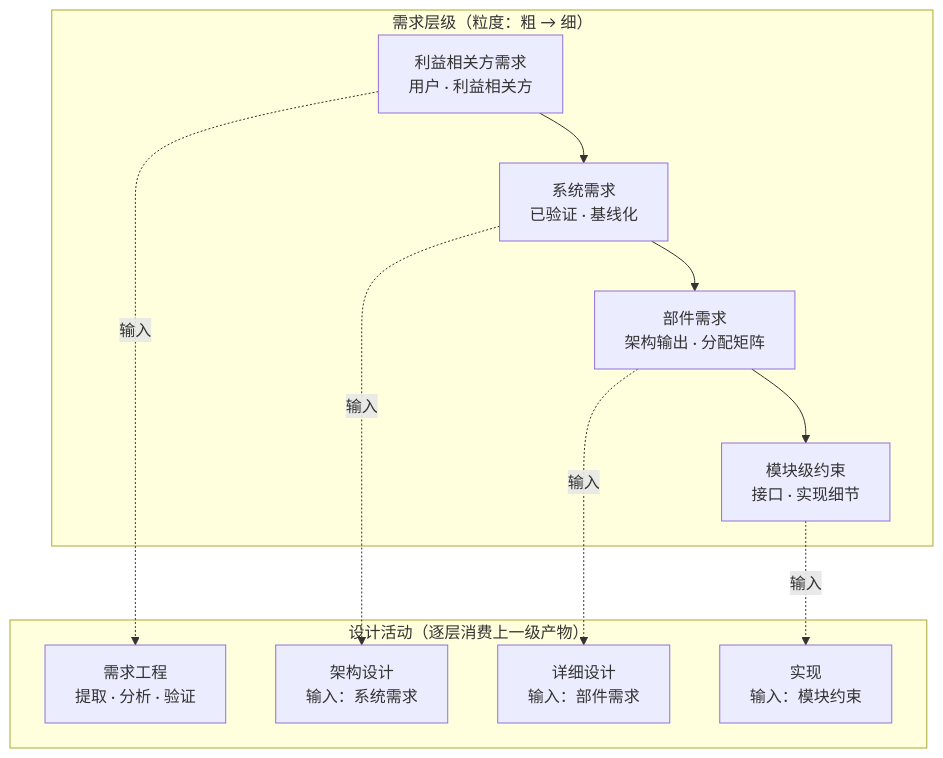
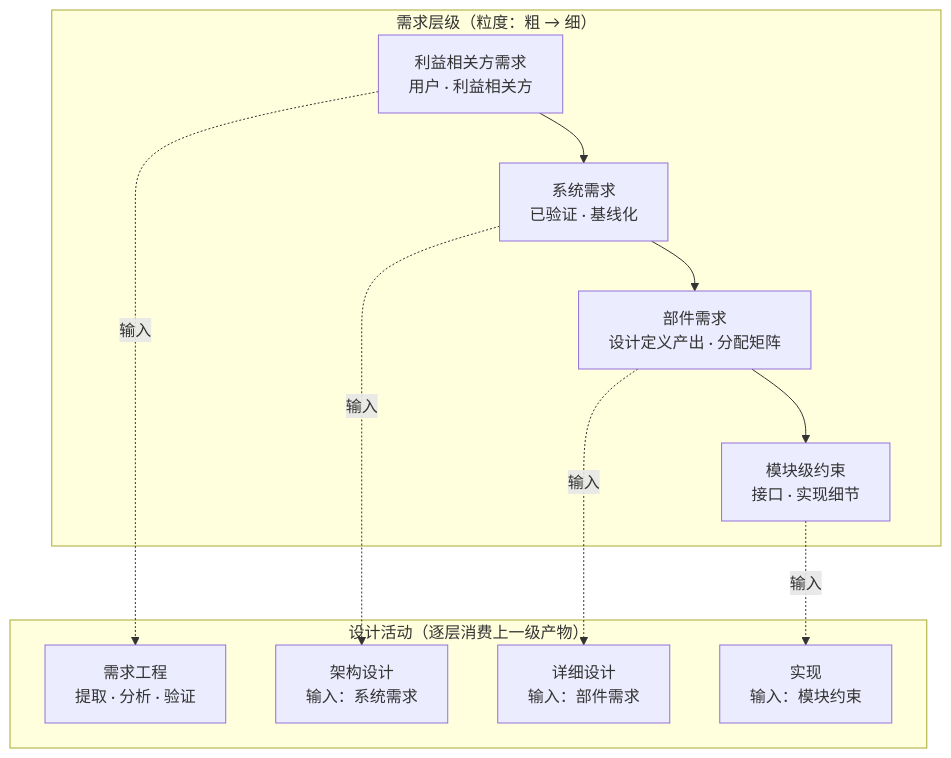
The sixth of 11 diagrams in 10-系统工程研究/00-系统工程相关研究报告/10-架构设计方法论全景研究报告.md (Yongjunzhou/business-Engineering), drawn with Mermaid before and after one commit. The commit also changed other lines of this file and 31 other files, not shown here.

````diff
--- a/10-系统工程研究/00-系统工程相关研究报告/10-架构设计方法论全景研究报告.md
+++ b/10-系统工程研究/00-系统工程相关研究报告/10-架构设计方法论全景研究报告.md
@@ -404,18 +516,18 @@
 ```mermaid
 flowchart TB
     subgraph REQ["需求层级（粒度：粗 → 细）"]
         R1[利益相关方需求<br/>用户 · 利益相关方] --> R2[系统需求<br/>已验证 · 基线化]
-        R2 --> R3[部件需求<br/>架构输出 · 分配矩阵]
+        R2 --> R3[部件需求<br/>设计定义产出 · 分配矩阵]
         R3 --> R4[模块级约束<br/>接口 · 实现细节]
     end
     subgraph DES["设计活动（逐层消费上一级产物）"]
         D1[需求工程<br/>提取 · 分析 · 验证]
         D2[架构设计<br/>输入：系统需求]
         D3[详细设计<br/>输入：部件需求]
         D4[实现<br/>输入：模块约束]
     end
     R1 -.输入.-> D1
     R2 -.输入.-> D2
     R3 -.输入.-> D3
     R4 -.输入.-> D4
 ```
````
